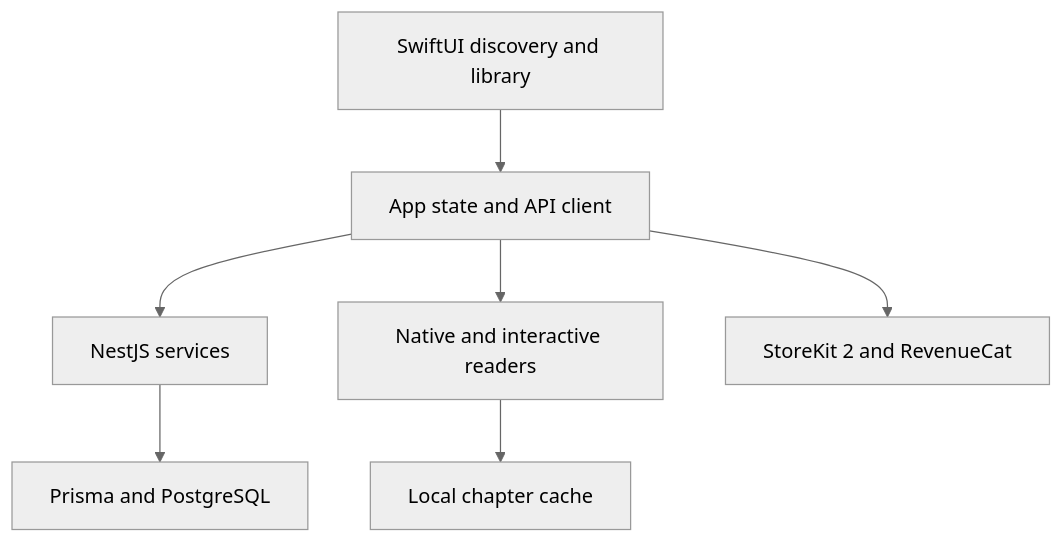
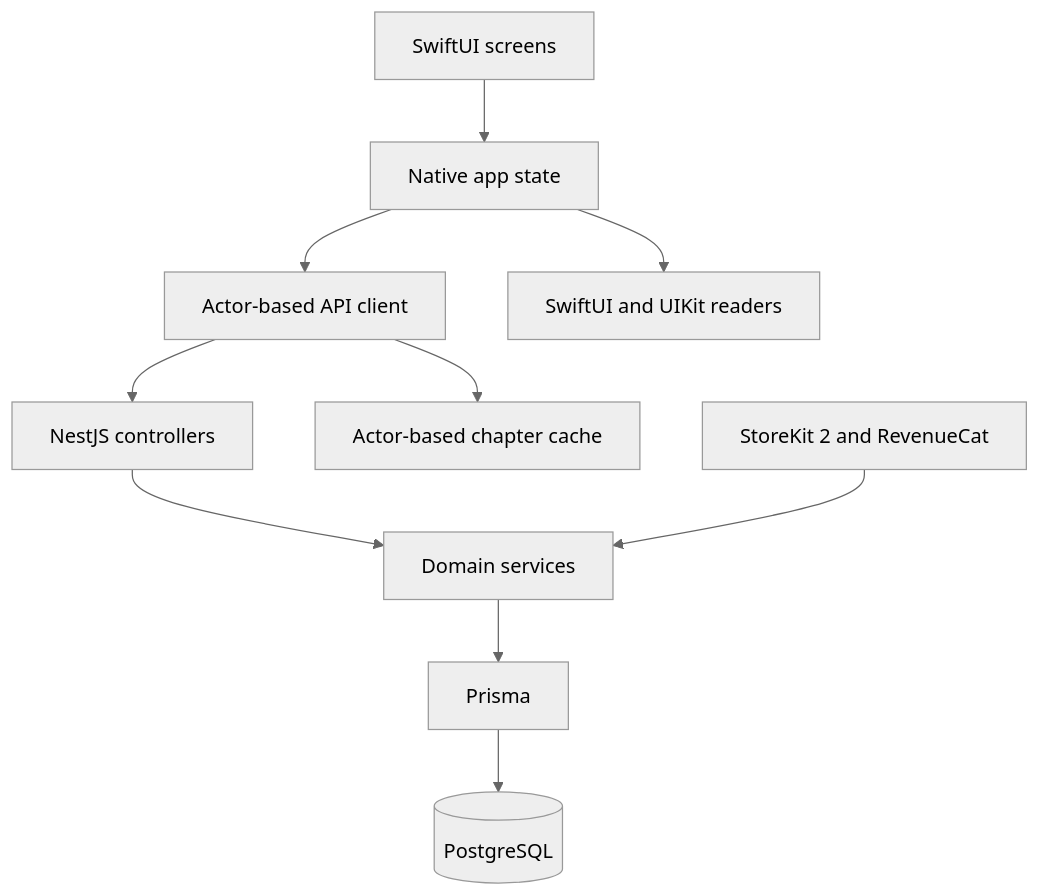
The diagram in docs/ENGINEERING.md (Zodomik/novelverse-showcase), drawn with Mermaid (neutral theme) before and after one commit. The commit also changed other lines of this file and 3 other files, not shown here.

Commit message:
Document architecture, data models and implementation details

````diff
--- a/docs/ENGINEERING.md
+++ b/docs/ENGINEERING.md
@@ -7,9 +23,12 @@
 ```mermaid
 flowchart TD
-A[SwiftUI discovery and library] --> B[App state and API client]
-B --> C[NestJS services]
-C --> D[Prisma and PostgreSQL]
-B --> E[Native and interactive readers]
-E --> F[Local chapter cache]
-B --> G[StoreKit 2 and RevenueCat]
+    UI[SwiftUI screens] --> State[Native app state]
+    State --> API[Actor-based API client]
+    API --> Controllers[NestJS controllers]
+    Controllers --> Services[Domain services]
+    Services --> Prisma[Prisma]
+    Prisma --> DB[(PostgreSQL)]
+    API --> Cache[Actor-based chapter cache]
+    State --> Reader[SwiftUI and UIKit readers]
+    Purchases[StoreKit 2 and RevenueCat] --> Services
 ```
````
